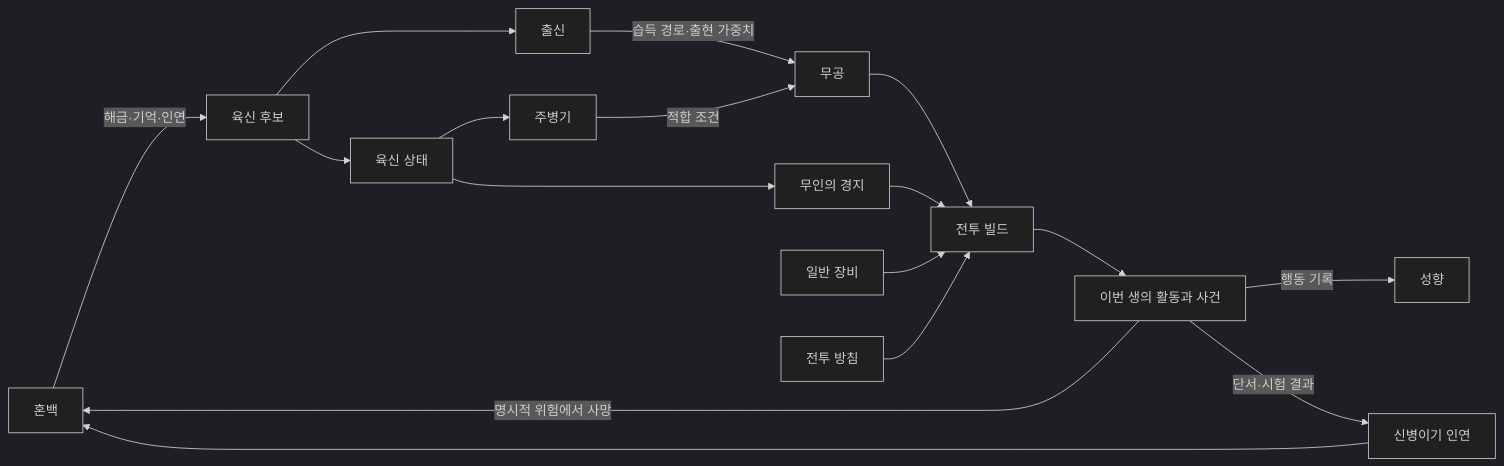
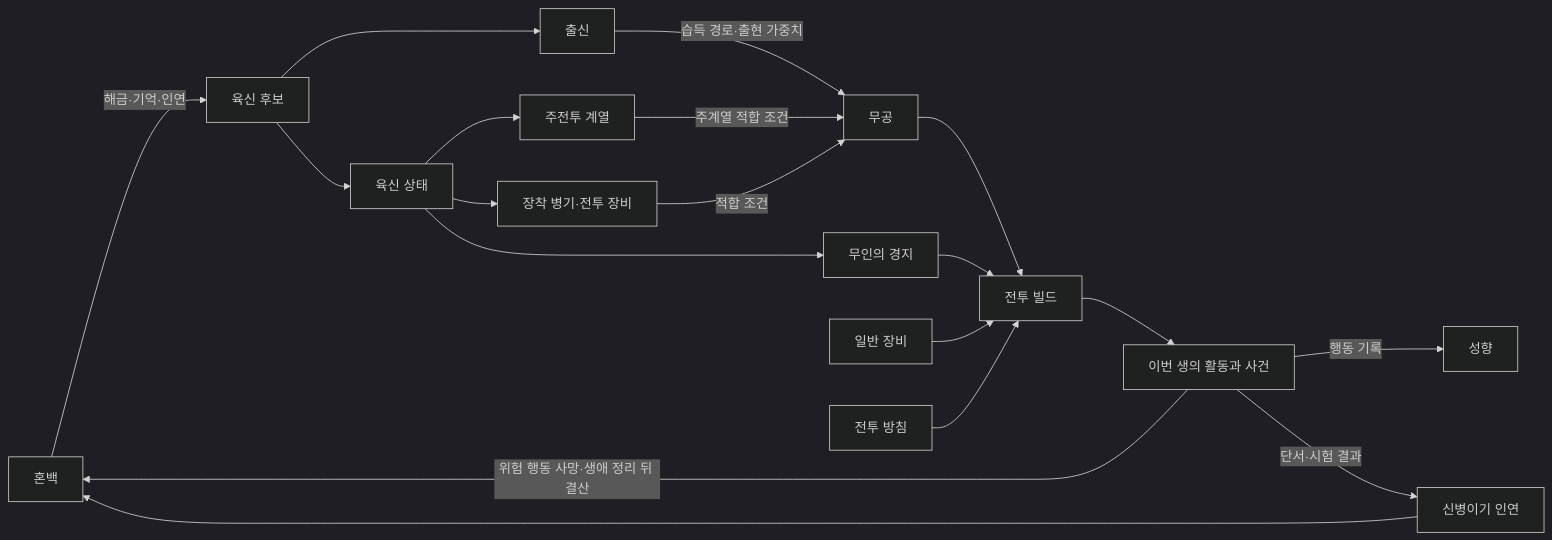
Before and after one commit to woals0304/FirstForm: the diagram in Docs/GameDesign/ProgressionAndCombatSystems.md, drawn with Mermaid (dark theme). The commit also changed other lines of this file and 4 other files, not shown here.

````diff
--- a/Docs/GameDesign/ProgressionAndCombatSystems.md
+++ b/Docs/GameDesign/ProgressionAndCombatSystems.md
@@ -10,19 +10,21 @@
 ```mermaid
 flowchart LR
     S["혼백"] -->|"해금·기억·인연"| C["육신 후보"]
     C --> O["출신"]
     C --> B["육신 상태"]
-    B --> W["주병기"]
+    B --> CD["주전투 계열"]
+    B --> W["장착 병기·전투 장비"]
     O -->|"습득 경로·출현 가중치"| M["무공"]
+    CD -->|"주계열 적합 조건"| M
     W -->|"적합 조건"| M
     M --> R["전투 빌드"]
     B --> Q["무인의 경지"]
     Q --> R
     E["일반 장비"] --> R
-    D["전투 방침"] --> R
+    P["전투 방침"] --> R
     R --> L["이번 생의 활동과 사건"]
     L -->|"행동 기록"| T["성향"]
     L -->|"단서·시험 결과"| A["신병이기 인연"]
     A --> S
-    L -->|"명시적 위험에서 사망"| S
+    L -->|"위험 행동 사망·생애 정리 뒤 결산"| S
 ```
````
